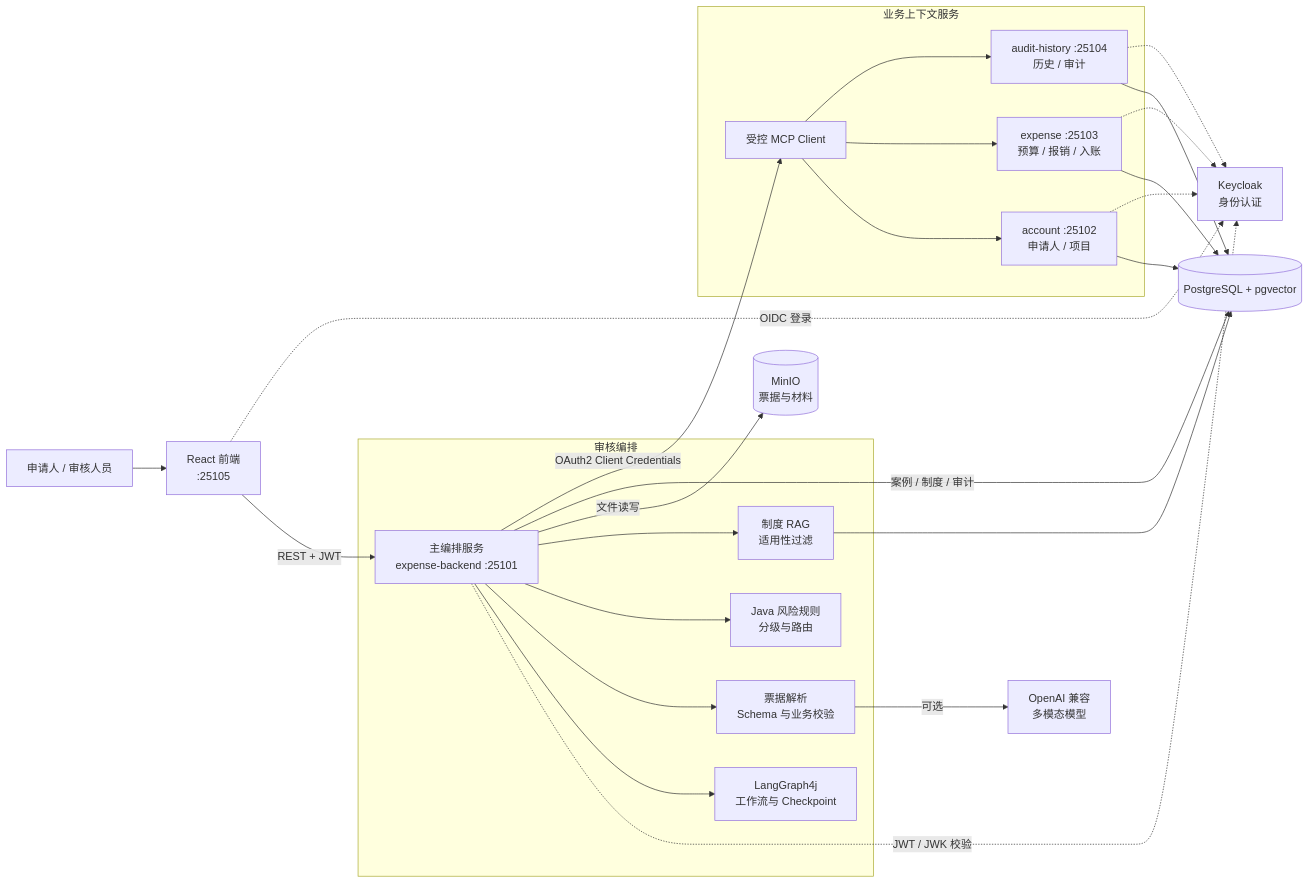
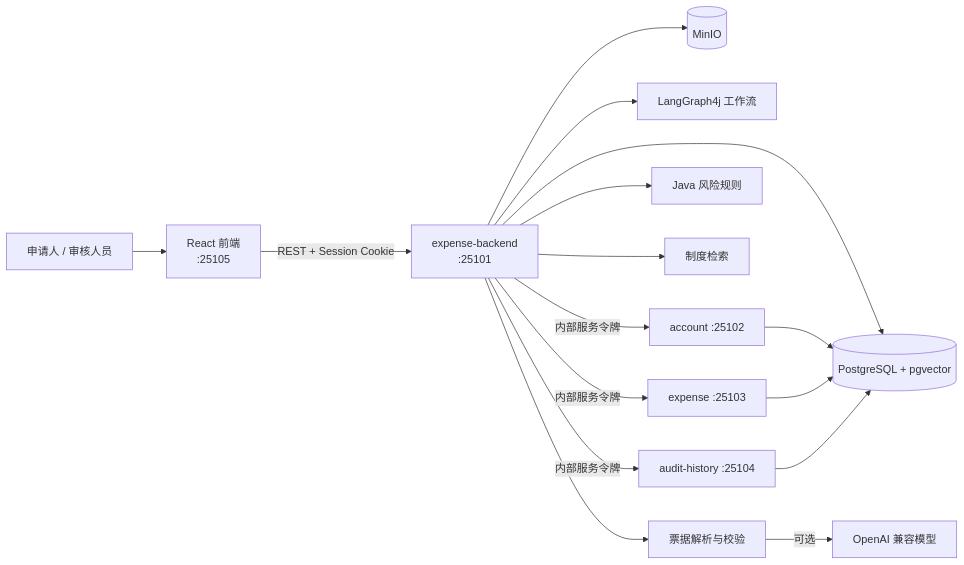
One commit to yangaobo0235/my-expense-agent changed the diagram in README.md. Above: the diagram before and after it, drawn with Mermaid. The commit also changed other lines of this file and 112 other files, not shown here.

````diff
--- a/README.md
+++ b/README.md
@@ -18,34 +32,19 @@
 ```mermaid
 flowchart LR
     User["申请人 / 审核人员"] --> Web["React 前端<br/>:25105"]
-    Web -->|"REST + JWT"| Backend["主编排服务<br/>expense-backend :25101"]
-    Web -.->|"OIDC 登录"| Keycloak["Keycloak<br/>身份认证"]
-    Backend -.->|"JWT / JWK 校验"| Keycloak
+    Web -->|"REST + Session Cookie"| Backend["expense-backend<br/>:25101"]
+    Backend --> PostgreSQL[("PostgreSQL + pgvector")]
+    Backend --> MinIO[("MinIO")]
+    Backend --> Graph["LangGraph4j 工作流"]
+    Backend --> Extract["票据解析与校验"]
+    Backend --> Risk["Java 风险规则"]
+    Backend --> Rag["制度检索"]
+    Extract -->|"可选"| Model["OpenAI 兼容模型"]
 
-    subgraph Review["审核编排"]
-        Backend --> Graph["LangGraph4j<br/>工作流与 Checkpoint"]
-        Backend --> Extract["票据解析<br/>Schema 与业务校验"]
-        Backend --> Risk["Java 风险规则<br/>分级与路由"]
-        Backend --> Rag["制度 RAG<br/>适用性过滤"]
-    end
-
-    Backend -->|"文件读写"| MinIO[("MinIO<br/>票据与材料")]
-    Backend -->|"案例 / 制度 / 审计"| PostgreSQL[("PostgreSQL + pgvector")]
-    Extract -->|"可选"| Model["OpenAI 兼容<br/>多模态模型"]
-    Rag --> PostgreSQL
-
-    Backend -->|"OAuth2 Client Credentials"| McpGateway["受控 MCP Client"]
-
-    subgraph Context["业务上下文服务"]
-        McpGateway --> Account["account :25102<br/>申请人 / 项目"]
-        McpGateway --> Expense["expense :25103<br/>预算 / 报销 / 入账"]
-        McpGateway --> Audit["audit-history :25104<br/>历史 / 审计"]
-    end
-
+    Backend -->|"内部服务令牌"| Account["account :25102"]
+    Backend -->|"内部服务令牌"| Expense["expense :25103"]
+    Backend -->|"内部服务令牌"| Audit["audit-history :25104"]
     Account --> PostgreSQL
     Expense --> PostgreSQL
     Audit --> PostgreSQL
-    Account -.-> Keycloak
-    Expense -.-> Keycloak
-    Audit -.-> Keycloak
 ```
````
